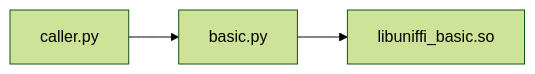
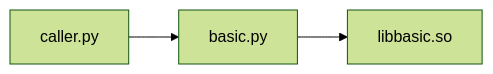
One commit to eloylp/uniffi-lab changed the diagram in README.md. Above: the diagram before and after it, drawn with Mermaid (forest theme). The commit also changed other lines of this file and 4 other files, not shown here.

````diff
--- a/README.md
+++ b/README.md
@@ -8,5 +8,5 @@
 ```mermaid
 graph LR;
 caller.py-->basic.py;
-basic.py-->libuniffi_basic.so;
+basic.py-->libbasic.so;
 ```
````
